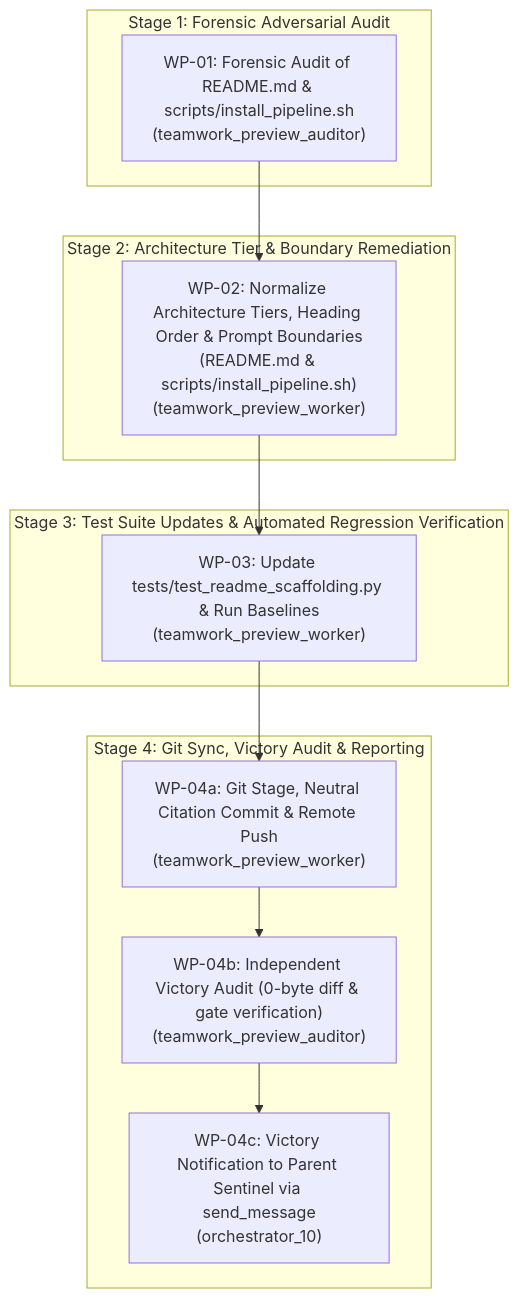
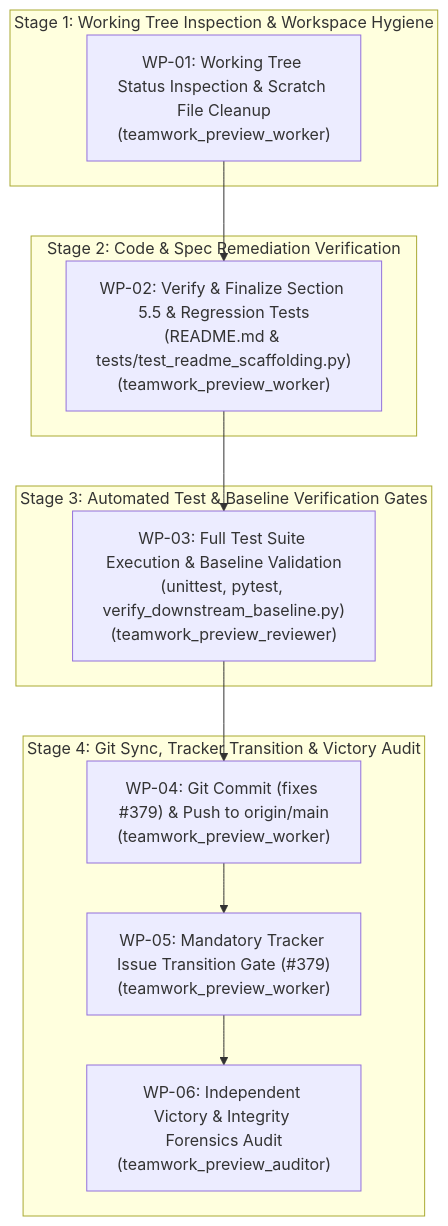
One commit to gintatkinson/DEAP01-spec-core changed the diagram in implementation_plan.md. Above: the diagram before and after it, drawn with Mermaid. The commit also changed other lines of this file and 2 other files, not shown here.

Commit message:
docs(readme): eliminate deprecated gemini cli conflation in section 5.5 (fixes #379)

````diff
--- a/implementation_plan.md
+++ b/implementation_plan.md
@@ -36,26 +25,26 @@
 ```mermaid
 flowchart TD
-    subgraph Audit ["Stage 1: Forensic Adversarial Audit"]
-        WP01["WP-01: Forensic Audit of README.md & scripts/install_pipeline.sh<br/>(teamwork_preview_auditor)"]
+    subgraph Stage1 ["Stage 1: Working Tree Inspection & Workspace Hygiene"]
+        WP01["WP-01: Working Tree Status Inspection & Scratch File Cleanup<br/>(teamwork_preview_worker)"]
     end
 
-    subgraph Remediation ["Stage 2: Architecture Tier & Boundary Remediation"]
-        WP02["WP-02: Normalize Architecture Tiers, Heading Order & Prompt Boundaries<br/>(README.md & scripts/install_pipeline.sh)<br/>(teamwork_preview_worker)"]
+    subgraph Stage2 ["Stage 2: Code & Spec Remediation Verification"]
+        WP02["WP-02: Verify & Finalize Section 5.5 & Regression Tests<br/>(README.md & tests/test_readme_scaffolding.py)<br/>(teamwork_preview_worker)"]
     end
 
-    subgraph Verification ["Stage 3: Test Suite Updates & Automated Regression Verification"]
-        WP03["WP-03: Update tests/test_readme_scaffolding.py & Run Baselines<br/>(teamwork_preview_worker)"]
+    subgraph Stage3 ["Stage 3: Automated Test & Baseline Verification Gates"]
+        WP03["WP-03: Full Test Suite Execution & Baseline Validation<br/>(unittest, pytest, verify_downstream_baseline.py)<br/>(teamwork_preview_reviewer)"]
     end
 
-    subgraph Delivery ["Stage 4: Git Sync, Victory Audit & Reporting"]
-        WP04_Sync["WP-04a: Git Stage, Neutral Citation Commit & Remote Push<br/>(teamwork_preview_worker)"]
-        WP04_Audit["WP-04b: Independent Victory Audit (0-byte diff & gate verification)<br/>(teamwork_preview_auditor)"]
-        WP04_Report["WP-04c: Victory Notification to Parent Sentinel via send_message<br/>(orchestrator_10)"]
-        WP04_Sync --> WP04_Audit
-        WP04_Audit --> WP04_Report
+    subgraph Stage4 ["Stage 4: Git Sync, Tracker Transition & Victory Audit"]
+        WP04["WP-04: Git Commit (fixes #379) & Push to origin/main<br/>(teamwork_preview_worker)"]
+        WP05["WP-05: Mandatory Tracker Issue Transition Gate (#379)<br/>(teamwork_preview_worker)"]
+        WP06["WP-06: Independent Victory & Integrity Forensics Audit<br/>(teamwork_preview_auditor)"]
+        WP04 --> WP05
+        WP05 --> WP06
     end
 
     WP01 --> WP02
     WP02 --> WP03
-    WP03 --> WP04_Sync
+    WP03 --> WP04
 ```
````
